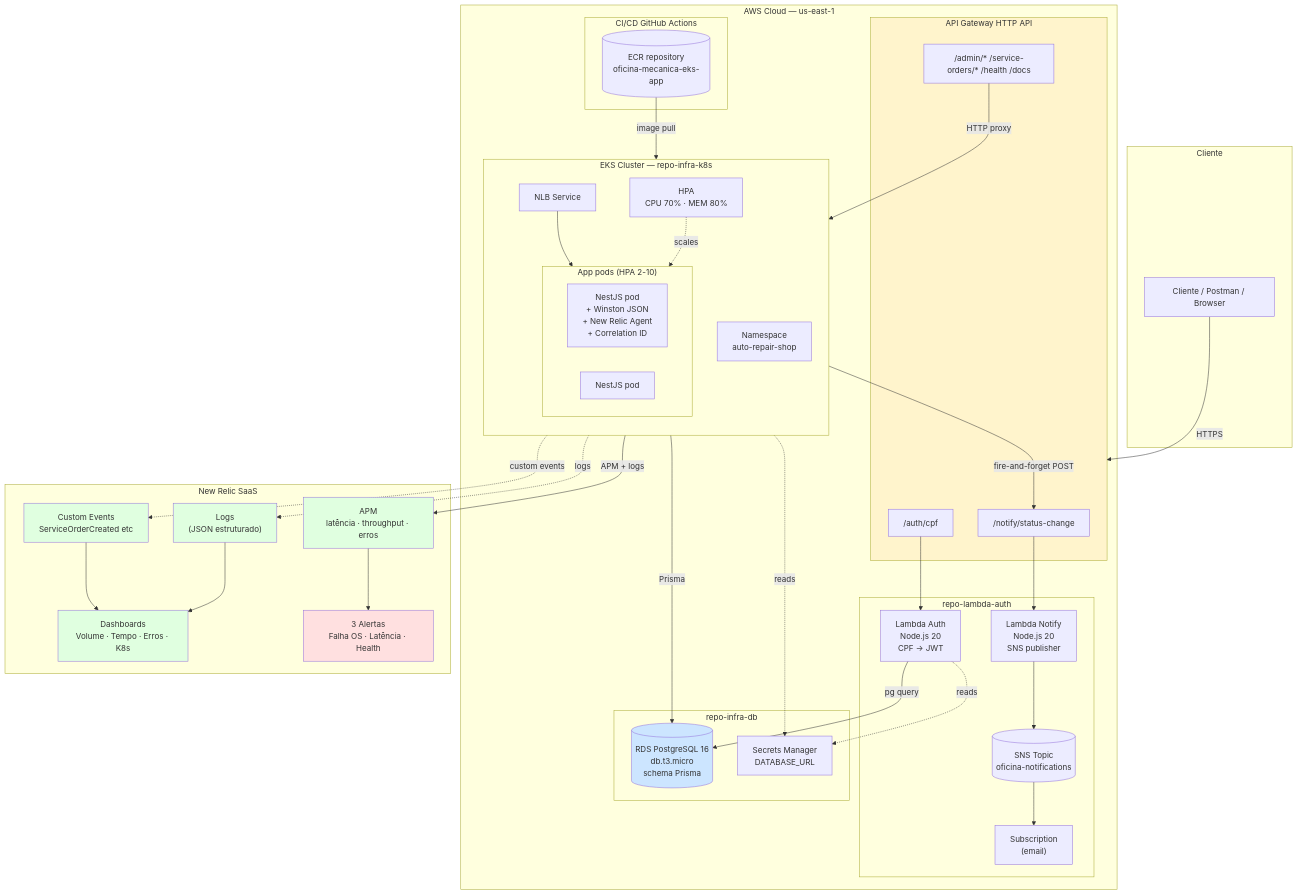
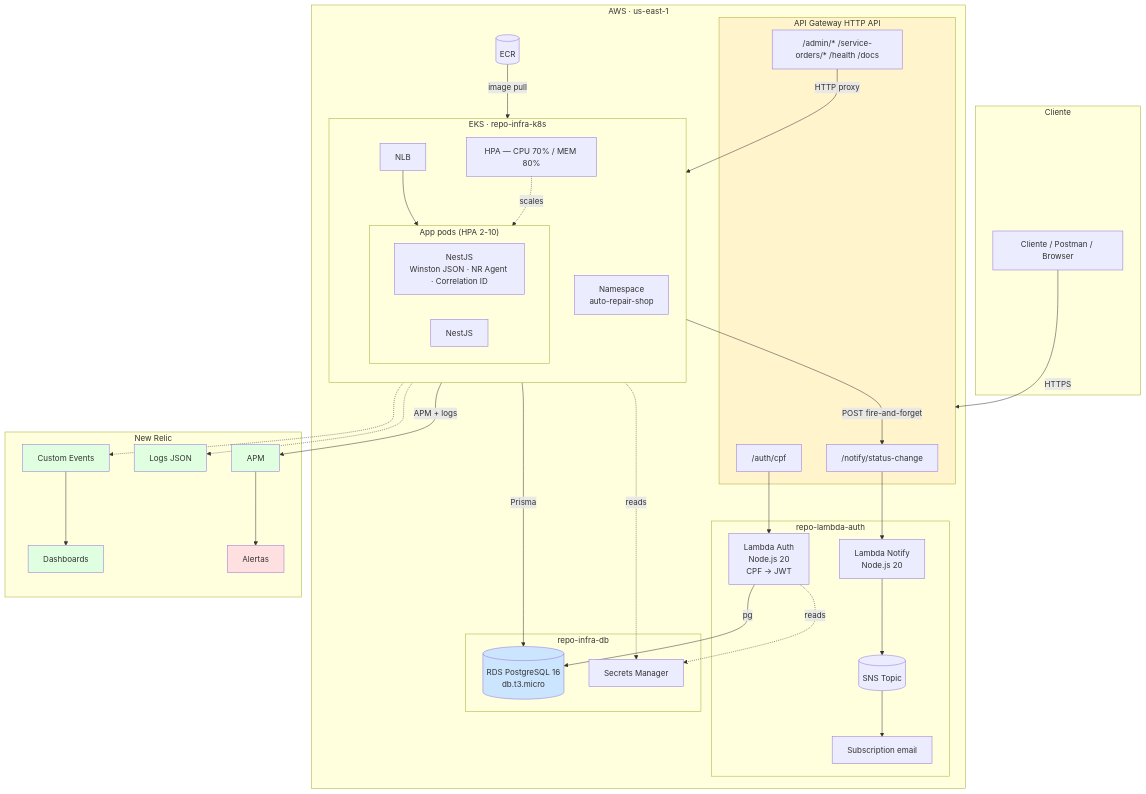
The diagram in docs/architecture/components.md (JairNunes/repo-app), drawn with Mermaid before and after one commit. The commit also changed other lines of this file and 18 other files, not shown here.

Commit message:
docs: refactor readme, architecture, rfcs and adrs

````diff
--- a/docs/architecture/components.md
+++ b/docs/architecture/components.md
@@ -5,80 +5,75 @@
 ```mermaid
 flowchart TB
     subgraph Cliente
         C[Cliente / Postman / Browser]
     end
 
-    subgraph AWS["AWS Cloud — us-east-1"]
+    subgraph AWS["AWS · us-east-1"]
         subgraph APIGW["API Gateway HTTP API"]
             R1["/auth/cpf"]
             R2["/notify/status-change"]
             R3["/admin/* /service-orders/* /health /docs"]
         end
 
         subgraph LambdaStack["repo-lambda-auth"]
             LA["Lambda Auth<br/>Node.js 20<br/>CPF → JWT"]
-            LN["Lambda Notify<br/>Node.js 20<br/>SNS publisher"]
-            SNS[("SNS Topic<br/>oficina-notifications")]
-            EMAIL["Subscription<br/>(email)"]
+            LN["Lambda Notify<br/>Node.js 20"]
+            SNS[("SNS Topic")]
+            EMAIL["Subscription email"]
         end
 
-        subgraph EKS["EKS Cluster — repo-infra-k8s"]
+        subgraph EKS["EKS · repo-infra-k8s"]
             direction TB
             NS["Namespace<br/>auto-repair-shop"]
             subgraph Pods["App pods (HPA 2-10)"]
-                APP1["NestJS pod<br/>+ Winston JSON<br/>+ New Relic Agent<br/>+ Correlation ID"]
-                APP2["NestJS pod"]
+                APP1["NestJS<br/>Winston JSON · NR Agent · Correlation ID"]
+                APP2["NestJS"]
             end
-            HPA["HPA<br/>CPU 70% · MEM 80%"]
-            NLB["NLB Service"]
+            HPA["HPA — CPU 70% / MEM 80%"]
+            NLB["NLB"]
         end
 
         subgraph DB["repo-infra-db"]
-            RDS[("RDS PostgreSQL 16<br/>db.t3.micro<br/>schema Prisma")]
-            SM["Secrets Manager<br/>DATABASE_URL"]
+            RDS[("RDS PostgreSQL 16<br/>db.t3.micro")]
+            SM["Secrets Manager"]
         end
 
-        subgraph CI["CI/CD GitHub Actions"]
-            ECR[("ECR repository<br/>oficina-mecanica-eks-app")]
-        end
+        ECR[("ECR")]
     end
 
-    subgraph NR["New Relic SaaS"]
-        APM["APM<br/>latência · throughput · erros"]
-        LOGS["Logs<br/>(JSON estruturado)"]
-        EVENTS["Custom Events<br/>ServiceOrderCreated etc"]
-        DASH["Dashboards<br/>Volume · Tempo · Erros · K8s"]
-        ALERT["3 Alertas<br/>Falha OS · Latência · Health"]
+    subgraph NR["New Relic"]
+        APM["APM"]
+        LOGS["Logs JSON"]
+        EVENTS["Custom Events"]
+        DASH["Dashboards"]
+        ALERT["Alertas"]
     end
 
     C -->|HTTPS| APIGW
     R1 --> LA
     R2 --> LN
     R3 -->|HTTP proxy| NLB
     NLB --> Pods
-    LA -->|pg query| RDS
+    LA -->|pg| RDS
     LA -.->|reads| SM
     Pods -->|Prisma| RDS
     Pods -.->|reads| SM
-    Pods -->|fire-and-forget POST| R2
+    Pods -->|POST fire-and-forget| R2
     LN --> SNS
     SNS --> EMAIL
     HPA -.->|scales| Pods
-
     Pods -->|APM + logs| APM
-    Pods -.->|logs| LOGS
-    Pods -.->|custom events| EVENTS
+    Pods -.-> LOGS
+    Pods -.-> EVENTS
     EVENTS --> DASH
     APM --> ALERT
-    LOGS --> DASH
-
     ECR -->|image pull| Pods
 
     style RDS fill:#cce5ff
     style APM fill:#e0ffe0
     style LOGS fill:#e0ffe0
     style EVENTS fill:#e0ffe0
     style DASH fill:#e0ffe0
     style ALERT fill:#ffe0e0
     style APIGW fill:#fff4cc
 ```
````
